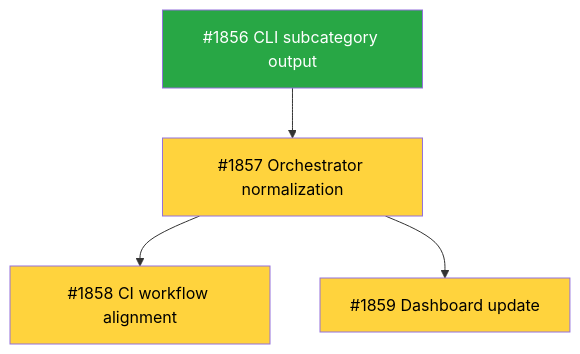
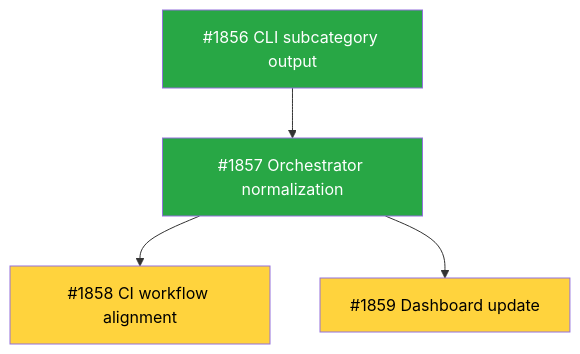
Before and after one commit to tsukumogami/tsuku: the diagram in docs/designs/DESIGN-structured-error-subcategories.md, drawn with Mermaid. The commit also changed other lines of this file and 10 other files, not shown here.

````diff
--- a/docs/designs/DESIGN-structured-error-subcategories.md
+++ b/docs/designs/DESIGN-structured-error-subcategories.md
@@ -49,21 +49,21 @@
 ```mermaid
 graph TD
     classDef done fill:#28a745,color:#fff
     classDef ready fill:#0366d6,color:#fff
     classDef blocked fill:#ffd33d,color:#000
     classDef needsDesign fill:#6f42c1,color:#fff
 
     I1856["#1856 CLI subcategory output"]
     I1857["#1857 Orchestrator normalization"]
     I1858["#1858 CI workflow alignment"]
     I1859["#1859 Dashboard update"]
 
     I1856 --> I1857
     I1857 --> I1858
     I1857 --> I1859
 
     class I1856 done
-    class I1857 blocked
+    class I1857 done
     class I1858 blocked
     class I1859 blocked
 ```
````
